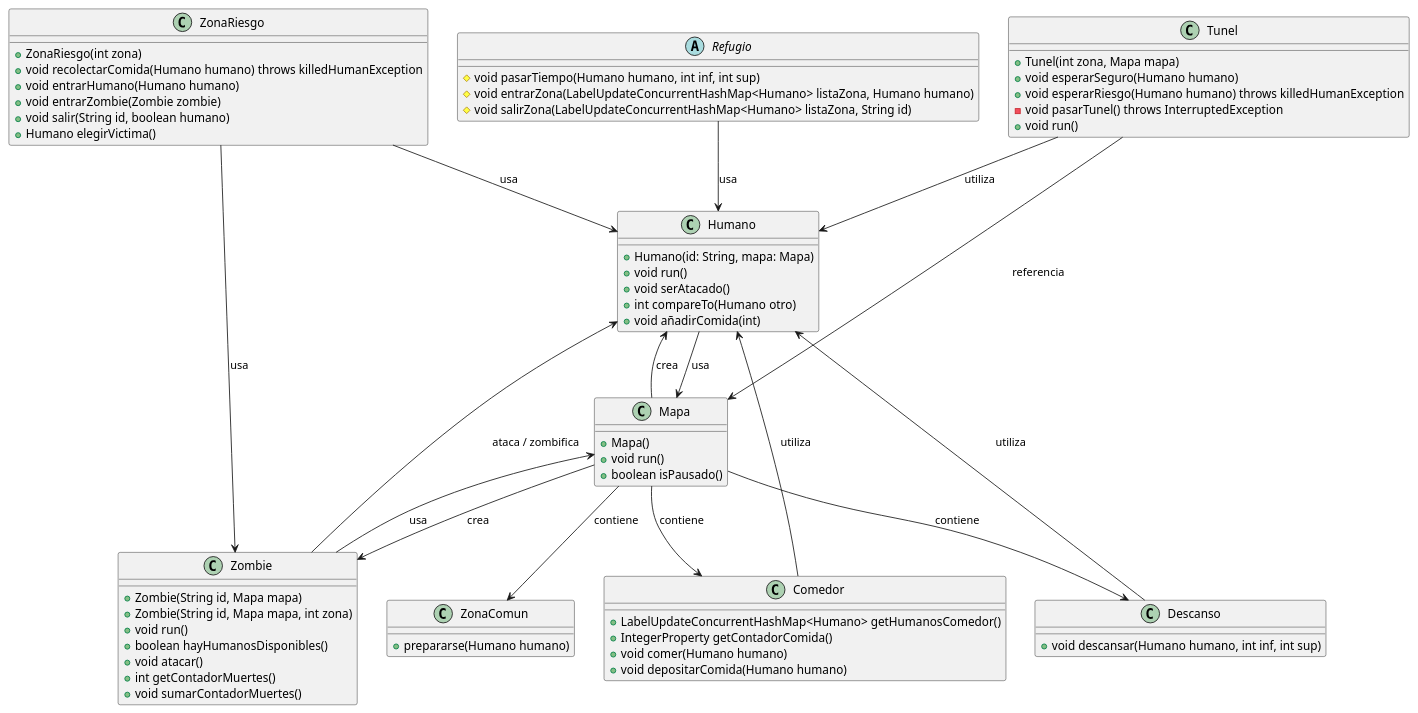
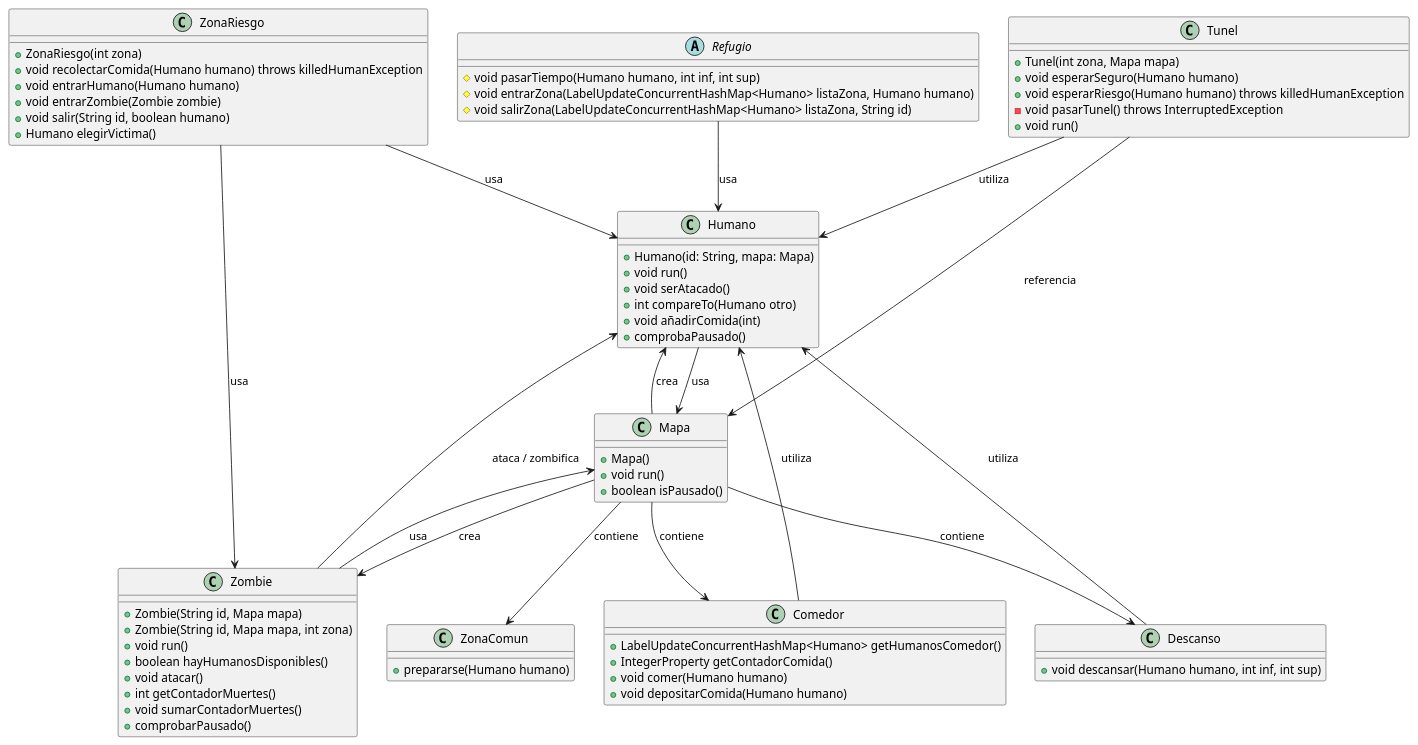
Before and after one commit to jaizu23/simulacion_zombies: the diagram in src/main/java/Diagrama_UML/Diagrama.puml, drawn with PlantUML.

Commit message:
retoques en el diagrama

```diff
--- a/src/main/java/Diagrama_UML/Diagrama.puml
+++ b/src/main/java/Diagrama_UML/Diagrama.puml
@@ -1,80 +1,82 @@
 @startuml
 class Humano {
 + Humano(id: String, mapa: Mapa)
 + void run()
 + void serAtacado()
 + int compareTo(Humano otro)
 + void añadirComida(int)
++comprobaPausado()
 }
 
 class Zombie {
 + Zombie(String id, Mapa mapa)
 + Zombie(String id, Mapa mapa, int zona)
 + void run()
 + boolean hayHumanosDisponibles()
 + void atacar()
 + int getContadorMuertes()
 + void sumarContadorMuertes()
++comprobarPausado()
 }
 
 class Mapa {
 + Mapa()
 + void run()
 + boolean isPausado()
 }
 
 class ZonaRiesgo {
 + ZonaRiesgo(int zona)
 + void recolectarComida(Humano humano) throws killedHumanException
 + void entrarHumano(Humano humano)
 + void entrarZombie(Zombie zombie)
 + void salir(String id, boolean humano)
 + Humano elegirVictima()
 }
 
 class Tunel {
 + Tunel(int zona, Mapa mapa)
 + void esperarSeguro(Humano humano)
 + void esperarRiesgo(Humano humano) throws killedHumanException
 - void pasarTunel() throws InterruptedException
 + void run()
 }
 
 class Comedor {
 + LabelUpdateConcurrentHashMap<Humano> getHumanosComedor()
 + IntegerProperty getContadorComida()
 + void comer(Humano humano)
 + void depositarComida(Humano humano)
 }
 
 
 class Descanso {
 + void descansar(Humano humano, int inf, int sup)
 }
 
 abstract class Refugio {
 # void pasarTiempo(Humano humano, int inf, int sup)
 # void entrarZona(LabelUpdateConcurrentHashMap<Humano> listaZona, Humano humano)
 # void salirZona(LabelUpdateConcurrentHashMap<Humano> listaZona, String id)
 }
 
 class ZonaComun {
 +prepararse(Humano humano)
 }
 
 Humano --> Mapa : usa
 Mapa --> Comedor : contiene
 Mapa --> ZonaComun : contiene
 Mapa --> Descanso : contiene
 Mapa --> Zombie : crea
 Mapa --> Humano : crea
 Zombie --> Mapa : usa
 Zombie --> Humano : ataca / zombifica
 ZonaRiesgo --> Humano : usa
 ZonaRiesgo --> Zombie : usa
 Tunel --> Humano : utiliza
 Tunel --> Mapa : referencia
 Comedor --> Humano : utiliza
 Descanso --> Humano : utiliza
 Refugio --> Humano : usa
 @enduml
```
